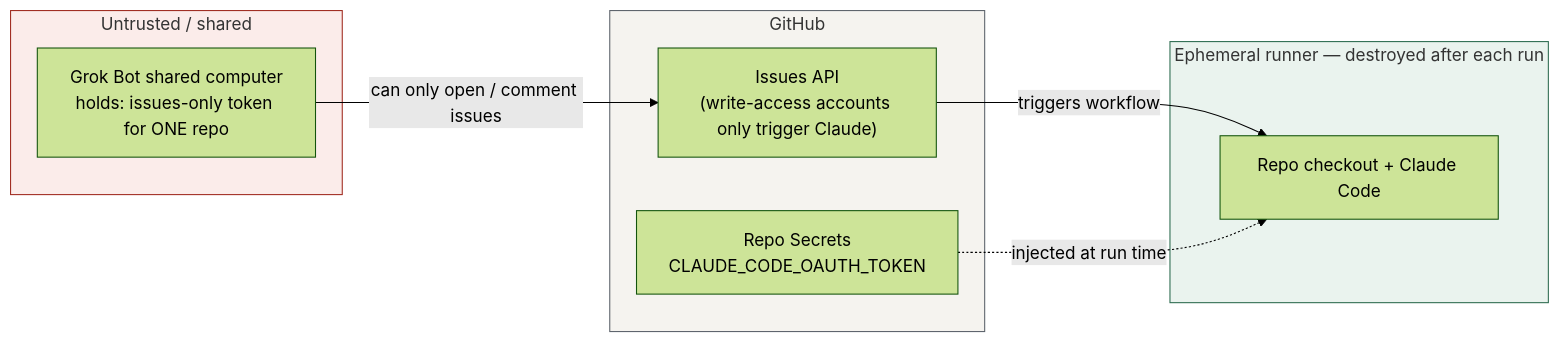
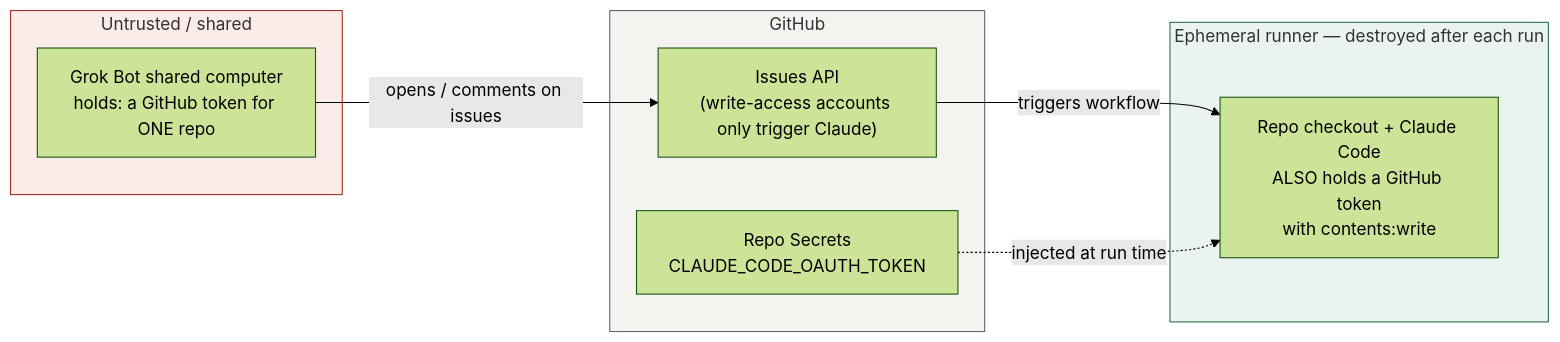
One commit to mathew-builds/Handoff changed the fourth of 4 diagrams in docs/01-architecture.md. Above: the diagram before and after it, drawn with Mermaid (forest theme). The commit also changed other lines of this file and 18 other files, not shown here.

````diff
--- a/docs/01-architecture.md
+++ b/docs/01-architecture.md
@@ -127,19 +131,19 @@
 ```mermaid
 flowchart LR
     subgraph U["Untrusted / shared"]
-        GBVM["Grok Bot shared computer<br/>holds: issues-only token for ONE repo"]
+        GBVM["Grok Bot shared computer<br/>holds: a GitHub token for ONE repo"]
     end
     subgraph G["GitHub"]
         ISSUES["Issues API<br/>(write-access accounts only trigger Claude)"]
         SECRETS["Repo Secrets<br/>CLAUDE_CODE_OAUTH_TOKEN"]
     end
     subgraph T["Ephemeral runner — destroyed after each run"]
-        RUNNER["Repo checkout + Claude Code"]
+        RUNNER["Repo checkout + Claude Code<br/>ALSO holds a GitHub token<br/>with contents:write"]
     end
-    GBVM -- "can only open / comment issues" --> ISSUES
+    GBVM -- "opens / comments on issues" --> ISSUES
     ISSUES -- "triggers workflow" --> RUNNER
     SECRETS -. "injected at run time" .-> RUNNER
     style U fill:#FBECEA,stroke:#A02B20
     style G fill:#F5F3EF,stroke:#5C626B
     style T fill:#EAF3EE,stroke:#2C6B4F
 ```
````
